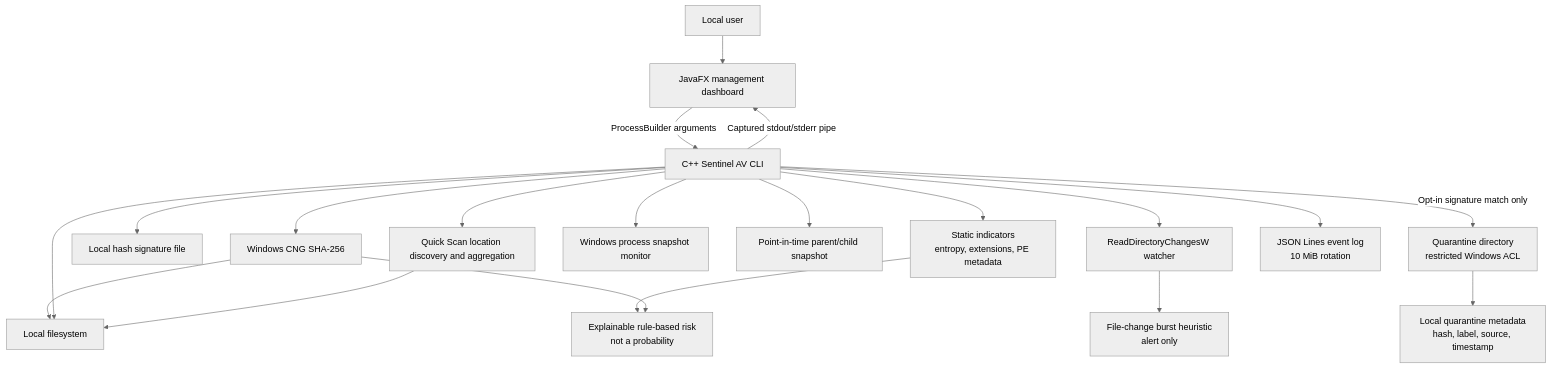
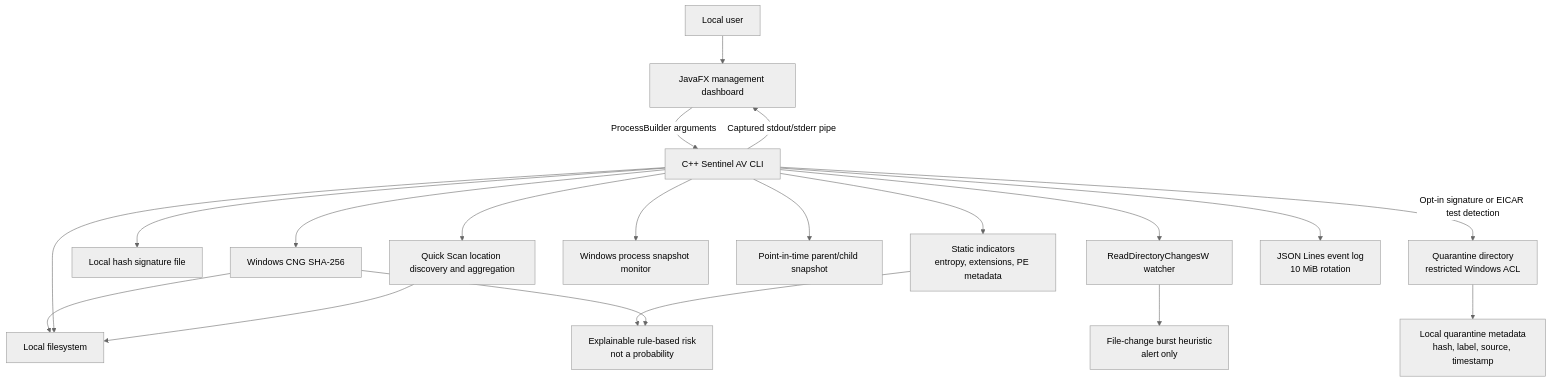
Before and after one commit to ArgirisViv/sentinel-antivirus: the diagram in docs/architecture.md, drawn with Mermaid (neutral theme). The commit also changed other lines of this file and 13 other files, not shown here.

First line of the commit message:
Add bounded EICAR content detection

````diff
--- a/docs/architecture.md
+++ b/docs/architecture.md
@@ -7,39 +7,39 @@
 ```mermaid
 flowchart TB
     User[Local user]
     UI[JavaFX management dashboard]
     CLI[C++ Sentinel AV CLI]
     Hash[Windows CNG SHA-256]
     Signatures[Local hash signature file]
     Static[Static indicators<br/>entropy, extensions, PE metadata]
     Risk[Explainable rule-based risk<br/>not a probability]
     Files[Local filesystem]
     Watcher[ReadDirectoryChangesW watcher]
     Behavior[File-change burst heuristic<br/>alert only]
     Processes[Windows process snapshot monitor]
     ProcessTree[Point-in-time parent/child snapshot]
     QuickScan[Quick Scan location discovery and aggregation]
     Quarantine[Quarantine directory<br/>restricted Windows ACL]
     Metadata[Local quarantine metadata<br/>hash, label, source, timestamp]
     EventLog[JSON Lines event log<br/>10 MiB rotation]
 
     User --> UI
     UI -->|ProcessBuilder arguments| CLI
     CLI -->|Captured stdout/stderr pipe| UI
     CLI --> Hash
     Hash --> Files
     CLI --> Signatures
     CLI --> Static
     Static --> Risk
     Hash --> Risk
     CLI --> Files
     CLI --> Watcher
     Watcher --> Behavior
     CLI --> Processes
     CLI --> ProcessTree
     CLI --> QuickScan
     QuickScan --> Files
-    CLI -->|Opt-in signature match only| Quarantine
+    CLI -->|Opt-in signature or EICAR test detection| Quarantine
     Quarantine --> Metadata
     CLI --> EventLog
 ```
````
